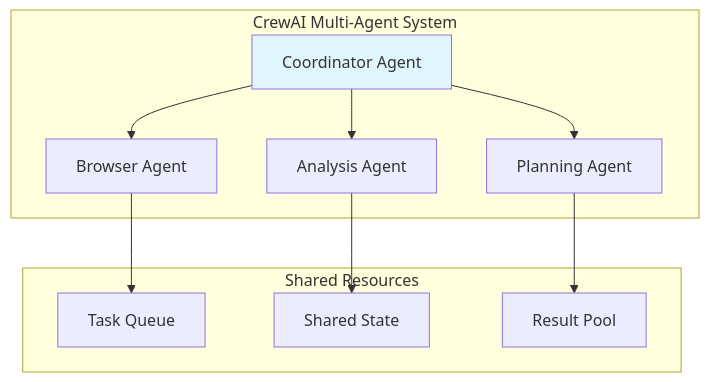
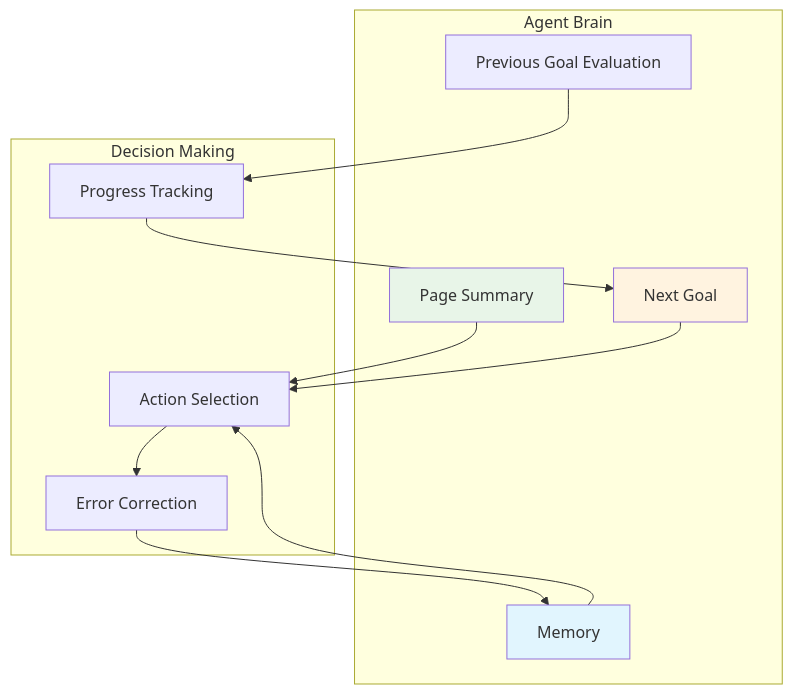
Before and after one commit to Sathursan-S/Browser.AI: the third of 8 diagrams in docs/agent-implementation.md, drawn with Mermaid. The commit also changed other lines of this file, not shown here.

Commit message:
Fix agent implementation documentation to reflect actual codebase - remove non-existent LangGraph and CrewAI agents

````diff
--- a/docs/agent-implementation.md
+++ b/docs/agent-implementation.md
@@ -147,24 +183,27 @@
 ```mermaid
 graph TB
-    subgraph "CrewAI Multi-Agent System"
-        Coordinator[Coordinator Agent]
-        Browser_Agent[Browser Agent]
-        Analysis_Agent[Analysis Agent]
-        Planning_Agent[Planning Agent]
+    subgraph "Agent Brain"
+        PS[Page Summary]
+        EP[Previous Goal Evaluation]
+        M[Memory]
+        NG[Next Goal]
     end
     
-    subgraph "Shared Resources"
-        Tasks[Task Queue]
-        State[Shared State]
-        Results[Result Pool]
+    subgraph "Decision Making"
+        AS[Action Selection]
+        PR[Progress Tracking]
+        EC[Error Correction]
     end
     
-    Coordinator --> Browser_Agent
-    Coordinator --> Analysis_Agent
-    Coordinator --> Planning_Agent
-    Browser_Agent --> Tasks
-    Analysis_Agent --> State
-    Planning_Agent --> Results
+    PS --> AS
+    EP --> PR
+    M --> AS
+    NG --> AS
+    AS --> EC
+    PR --> NG
+    EC --> M
     
-    style Coordinator fill:#e1f5fe
+    style PS fill:#e8f5e8
+    style M fill:#e1f5fe
+    style NG fill:#fff3e0
 ```
````
